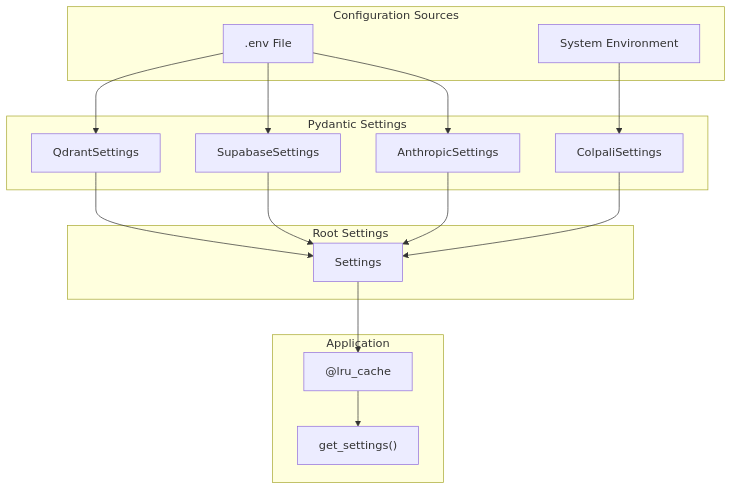
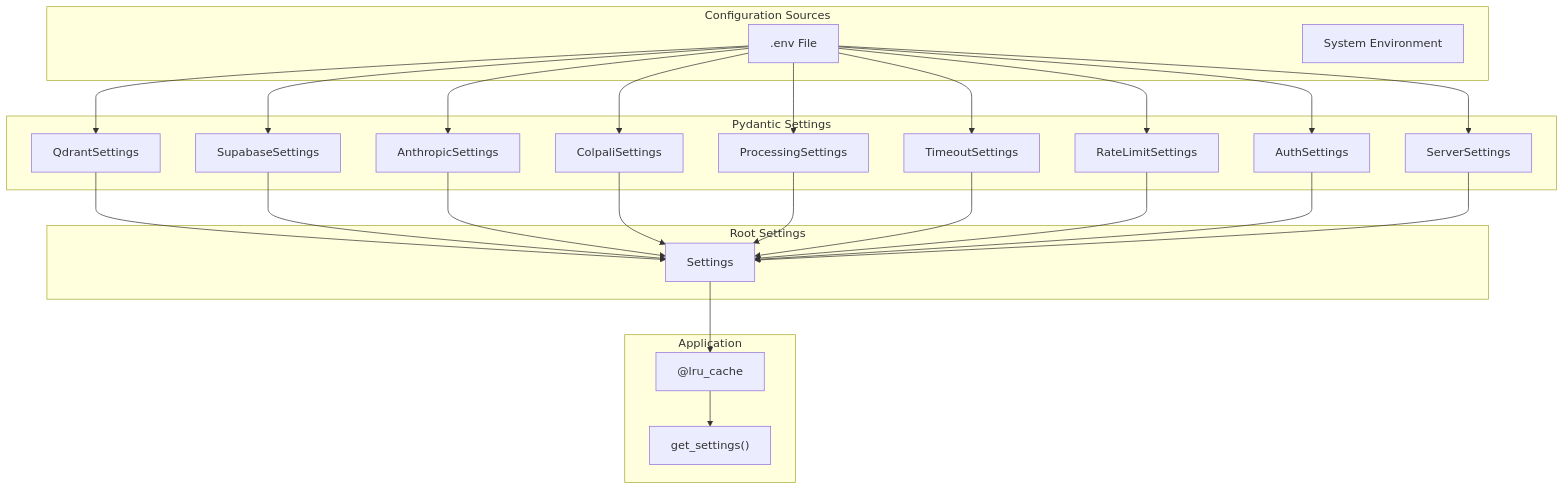
One commit to akosgintl/colpali-rag-app changed the first of 7 diagrams in docs/configuration.md. Above: the diagram before and after it, drawn with Mermaid. The commit also changed other lines of this file and 42 other files, not shown here.

````diff
--- a/docs/configuration.md
+++ b/docs/configuration.md
@@ -27,35 +27,50 @@
 ```mermaid
 graph TD
     subgraph Sources["Configuration Sources"]
         ENV[".env File"]
         SYS["System Environment"]
     end
 
     subgraph Pydantic["Pydantic Settings"]
         QS["QdrantSettings"]
         SS["SupabaseSettings"]
         AS["AnthropicSettings"]
         CS["ColpaliSettings"]
+        PS["ProcessingSettings"]
+        TS["TimeoutSettings"]
+        RS_SUB["RateLimitSettings"]
+        AUTH["AuthSettings"]
+        SRV["ServerSettings"]
     end
 
     subgraph Root["Root Settings"]
         RS["Settings"]
     end
 
     subgraph App["Application"]
         LRU["@lru_cache"]
         GET["get_settings()"]
     end
 
     ENV --> QS
     ENV --> SS
     ENV --> AS
-    SYS --> CS
+    ENV --> CS
+    ENV --> PS
+    ENV --> TS
+    ENV --> RS_SUB
+    ENV --> AUTH
+    ENV --> SRV
 
     QS --> RS
     SS --> RS
     AS --> RS
     CS --> RS
+    PS --> RS
+    TS --> RS
+    RS_SUB --> RS
+    AUTH --> RS
+    SRV --> RS
 
     RS --> LRU --> GET
 ```
````
